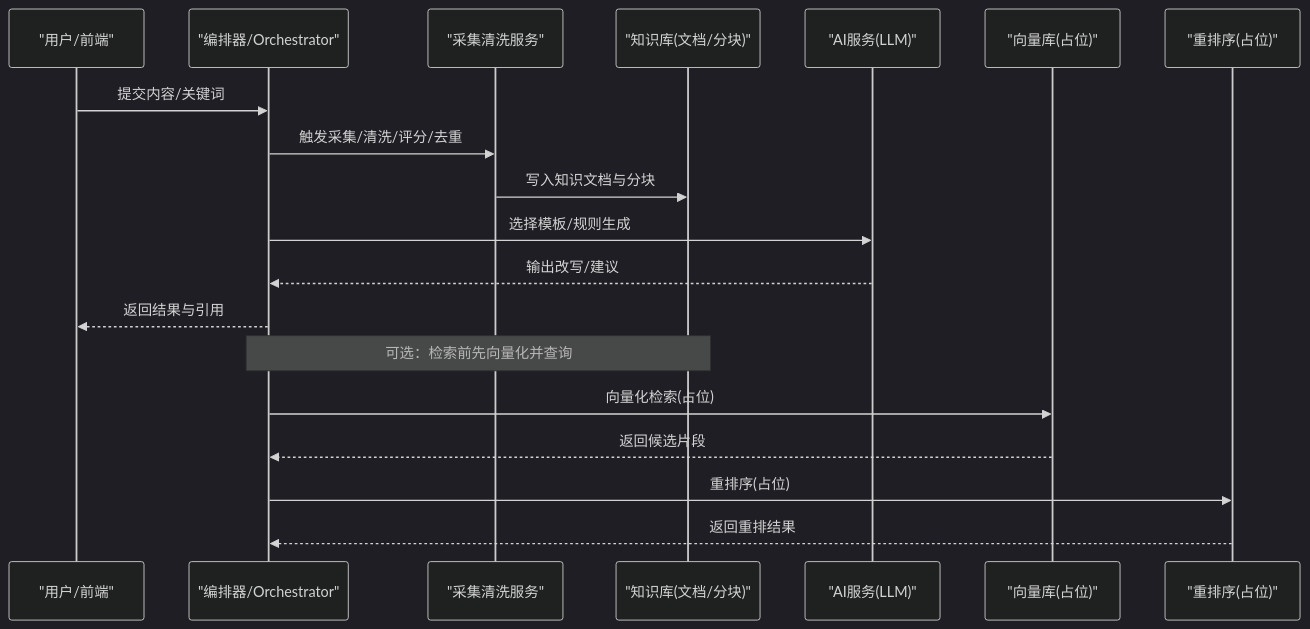
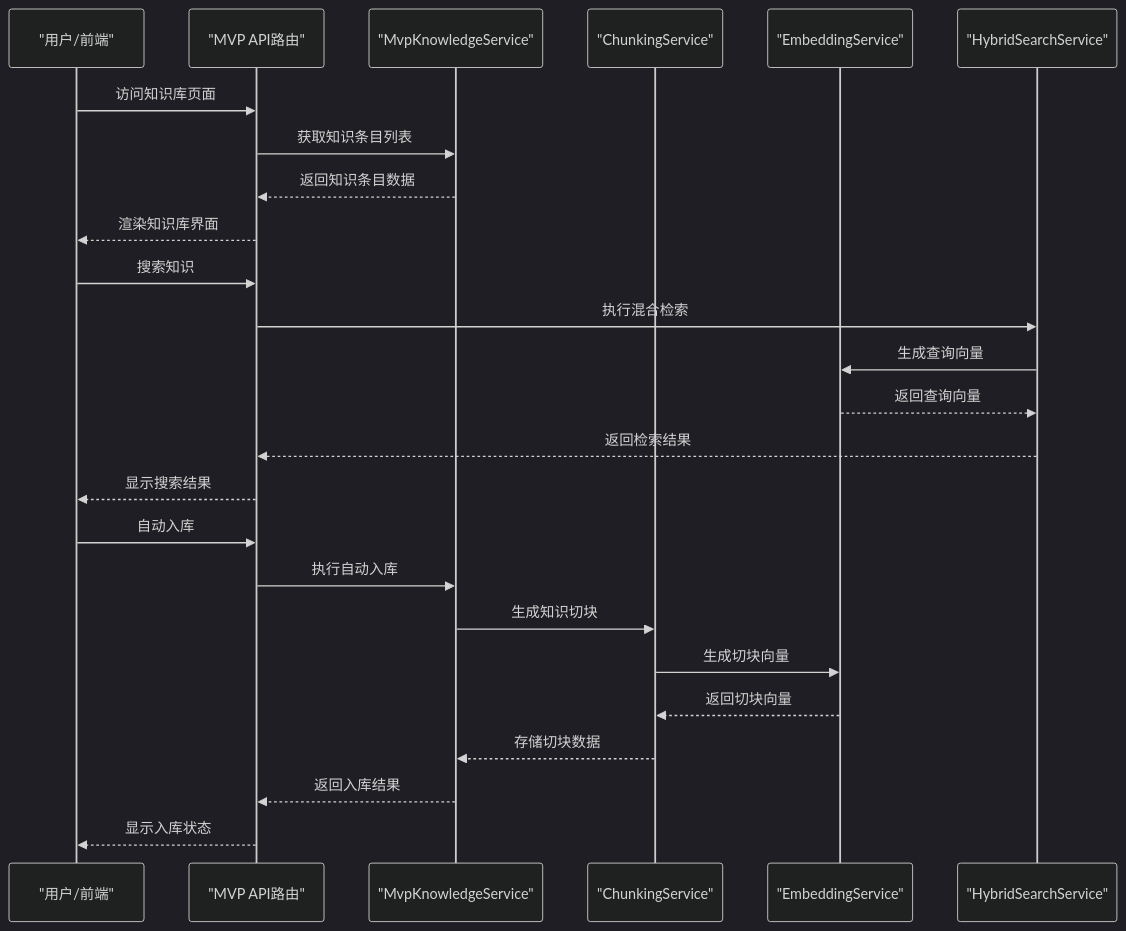
Before and after one commit to dream-ze/AI_huoke-: the second of 6 diagrams in .qoder/repowiki/zh/content/知识管理体系/知识管理体系.md, drawn with Mermaid (dark theme). The commit also changed other lines of this file and 25 other files, not shown here.

````diff
--- a/.qoder/repowiki/zh/content/知识管理体系/知识管理体系.md
+++ b/.qoder/repowiki/zh/content/知识管理体系/知识管理体系.md
@@ -129,21 +129,27 @@
 ```mermaid
 sequenceDiagram
 participant U as "用户/前端"
-participant API as "编排器/Orchestrator"
-participant COL as "采集清洗服务"
-participant KDB as "知识库(文档/分块)"
-participant LLM as "AI服务(LLM)"
-participant VDB as "向量库(占位)"
-participant RER as "重排序(占位)"
-U->>API : 提交内容/关键词
-API->>COL : 触发采集/清洗/评分/去重
-COL->>KDB : 写入知识文档与分块
-API->>LLM : 选择模板/规则生成
-LLM-->>API : 输出改写/建议
-API-->>U : 返回结果与引用
-Note over API,KDB : 可选：检索前先向量化并查询
-API->>VDB : 向量化检索(占位)
-VDB-->>API : 返回候选片段
-API->>RER : 重排序(占位)
-RER-->>API : 返回重排结果
+participant API as "MVP API路由"
+participant KS as "MvpKnowledgeService"
+participant CS as "ChunkingService"
+participant ES as "EmbeddingService"
+participant HS as "HybridSearchService"
+U->>API : 访问知识库页面
+API->>KS : 获取知识条目列表
+KS-->>API : 返回知识条目数据
+API-->>U : 渲染知识库界面
+U->>API : 搜索知识
+API->>HS : 执行混合检索
+HS->>ES : 生成查询向量
+ES-->>HS : 返回查询向量
+HS-->>API : 返回检索结果
+API-->>U : 显示搜索结果
+U->>API : 自动入库
+API->>KS : 执行自动入库
+KS->>CS : 生成知识切块
+CS->>ES : 生成切块向量
+ES-->>CS : 返回切块向量
+CS-->>KS : 存储切块数据
+KS-->>API : 返回入库结果
+API-->>U : 显示入库状态
 ```
````
